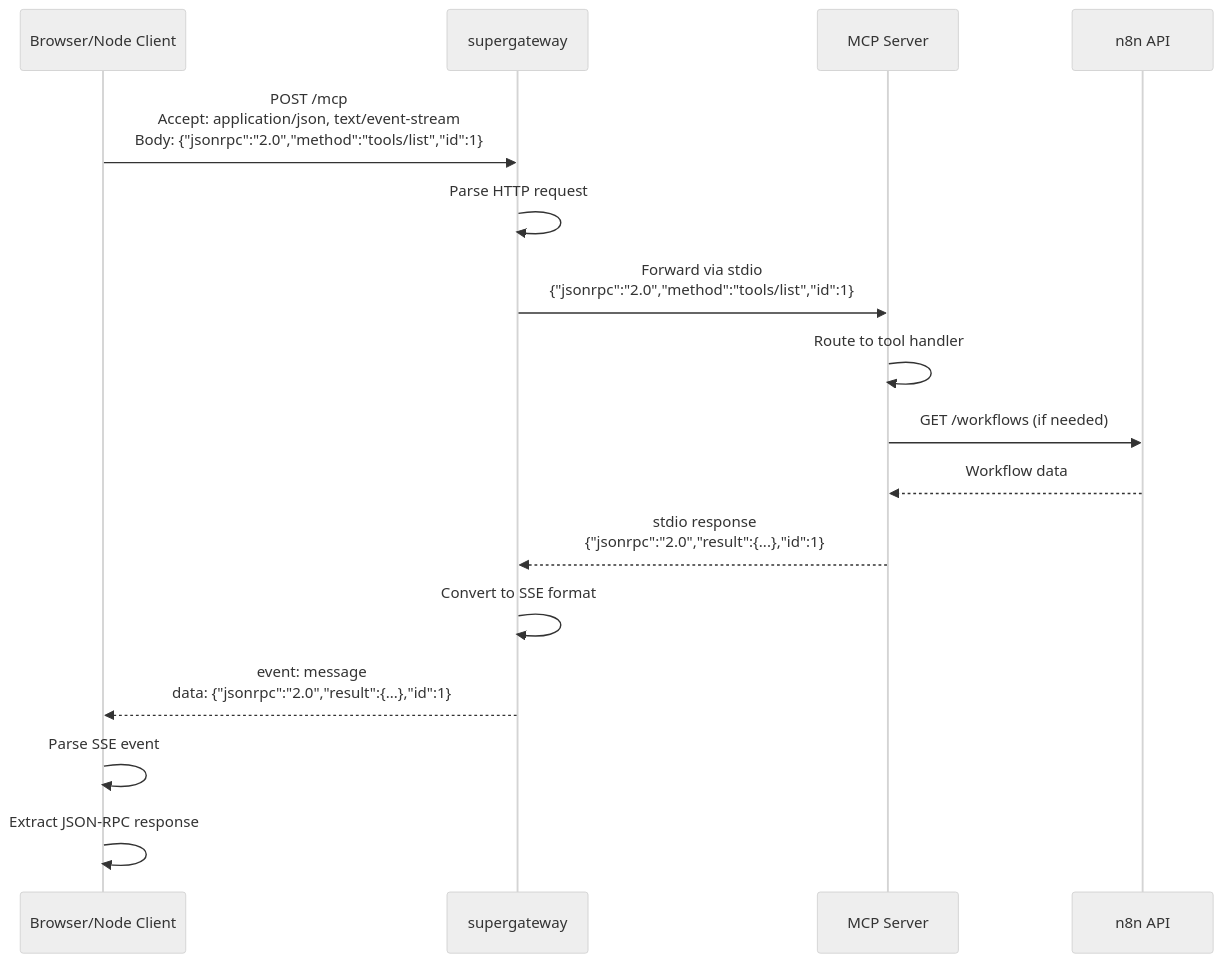
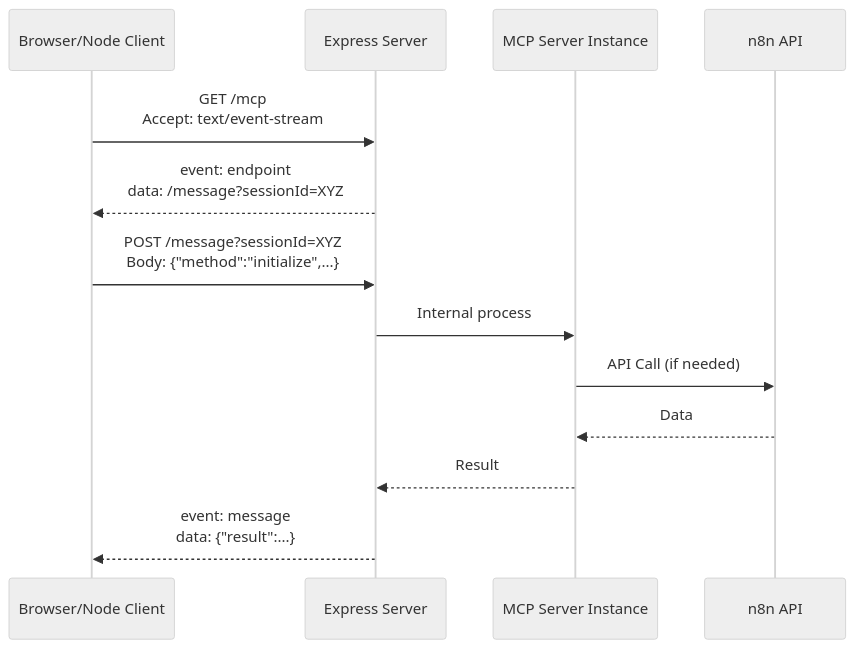
Before and after one commit to duynghien/n8n-custom-mcp: the second of 7 diagrams in docs/system-architecture.md, drawn with Mermaid (neutral theme). The commit also changed other lines of this file and 5 other files, not shown here.

First line of the commit message:
docs: update documentation and architecture diagrams for v2.2.0

````diff
--- a/docs/system-architecture.md
+++ b/docs/system-architecture.md
@@ -100,24 +103,17 @@
 ```mermaid
 sequenceDiagram
     participant Client as Browser/Node Client
-    participant SG as supergateway
-    participant MCP as MCP Server
+    participant Exp as Express Server
+    participant MCP as MCP Server Instance
     participant n8n as n8n API
 
-    Client->>SG: POST /mcp<br/>Accept: application/json, text/event-stream<br/>Body: {"jsonrpc":"2.0","method":"tools/list","id":1}
+    Client->>Exp: GET /mcp<br/>Accept: text/event-stream
+    Exp-->>Client: event: endpoint<br/>data: /message?sessionId=XYZ
 
-    SG->>SG: Parse HTTP request
-    SG->>MCP: Forward via stdio<br/>{"jsonrpc":"2.0","method":"tools/list","id":1}
-
-    MCP->>MCP: Route to tool handler
-    MCP->>n8n: GET /workflows (if needed)
-    n8n-->>MCP: Workflow data
-
-    MCP-->>SG: stdio response<br/>{"jsonrpc":"2.0","result":{...},"id":1}
-
-    SG->>SG: Convert to SSE format
-    SG-->>Client: event: message<br/>data: {"jsonrpc":"2.0","result":{...},"id":1}
-
-    Client->>Client: Parse SSE event
-    Client->>Client: Extract JSON-RPC response
+    Client->>Exp: POST /message?sessionId=XYZ<br/>Body: {"method":"initialize",...}
+    Exp->>MCP: Internal process
+    MCP->>n8n: API Call (if needed)
+    n8n-->>MCP: Data
+    MCP-->>Exp: Result
+    Exp-->>Client: event: message<br/>data: {"result":...}
 ```
````
